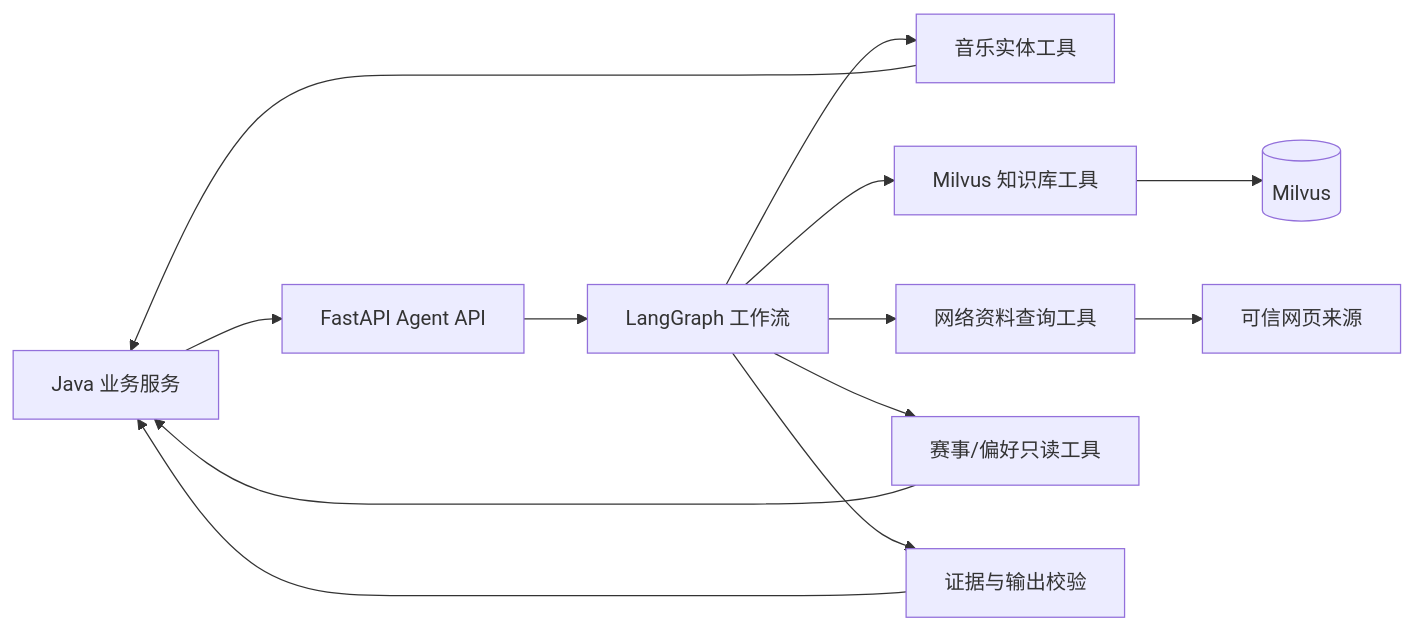
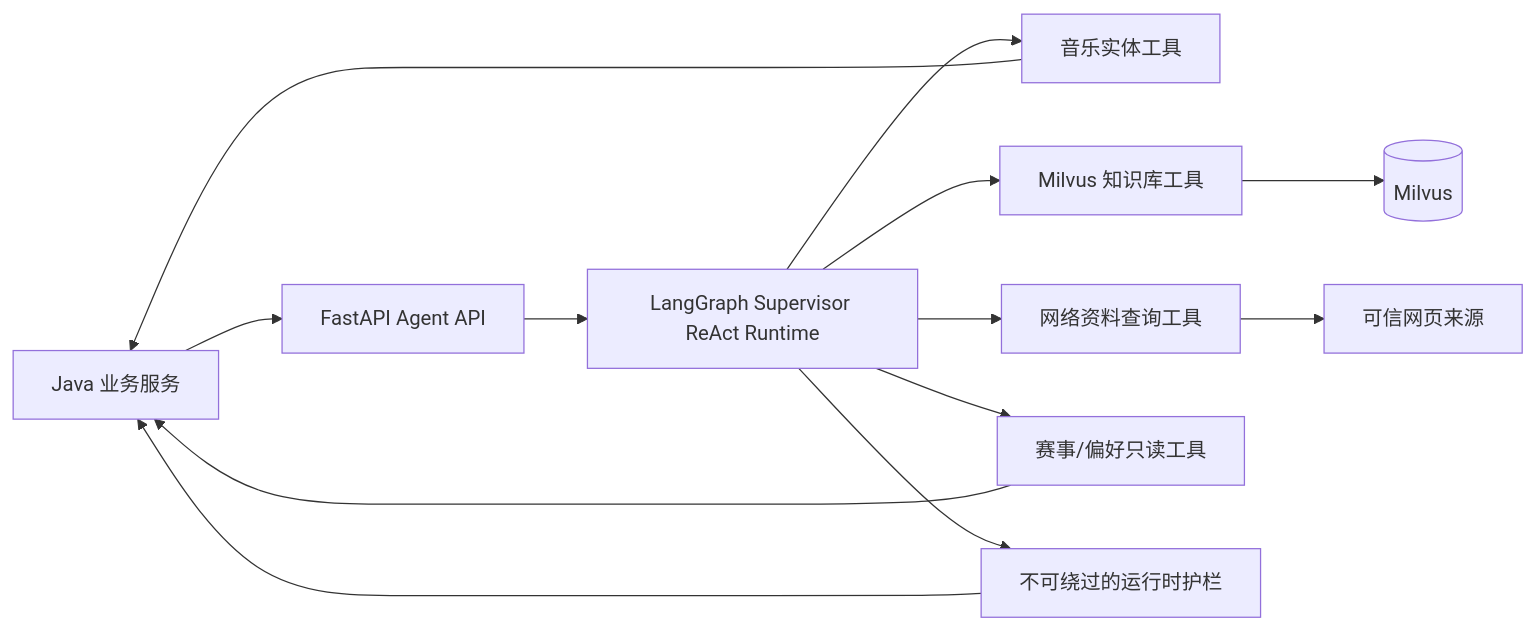
One commit to garfieldra/IndieSoundQuest changed the first of 3 diagrams in Specs/03-技术架构/05-Agent工作流规格.md. Above: the diagram before and after it, drawn with Mermaid. The commit also changed other lines of this file and 131 other files, not shown here.

````diff
--- a/Specs/03-技术架构/05-Agent工作流规格.md
+++ b/Specs/03-技术架构/05-Agent工作流规格.md
@@ -20,15 +21,15 @@
 ```mermaid
 flowchart LR
   J["Java 业务服务"] --> A["FastAPI Agent API"]
-  A --> G["LangGraph 工作流"]
+  A --> G["LangGraph Supervisor ReAct Runtime"]
   G --> T1["音乐实体工具"]
   G --> T2["Milvus 知识库工具"]
   G --> T3["网络资料查询工具"]
   G --> T4["赛事/偏好只读工具"]
   T1 --> J
   T2 --> M[("Milvus")]
   T3 --> W["可信网页来源"]
   T4 --> J
-  G --> V["证据与输出校验"]
+  G --> V["不可绕过的运行时护栏"]
   V --> J
 ```
````
